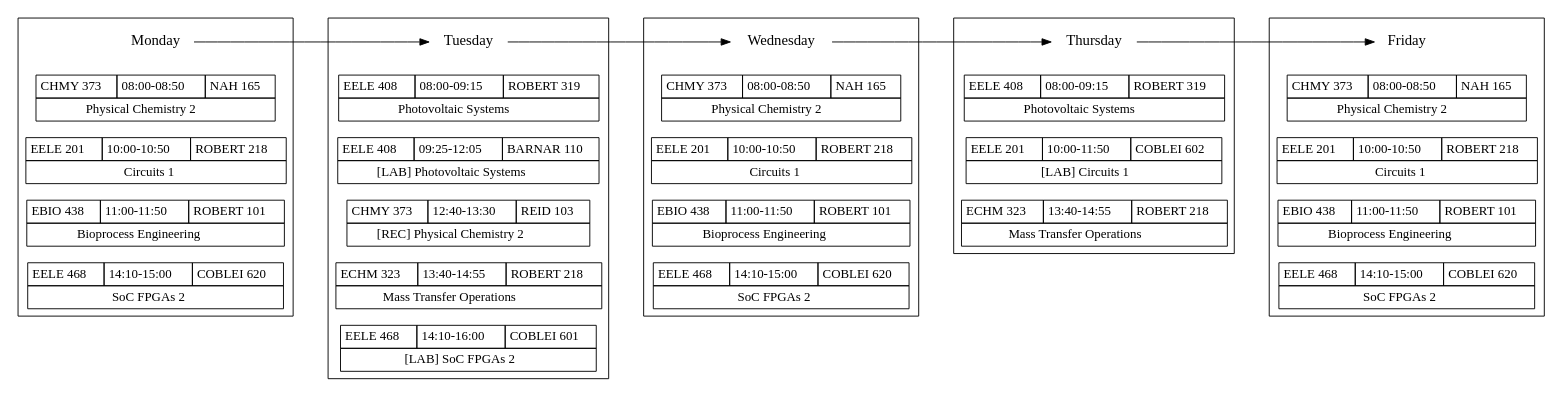
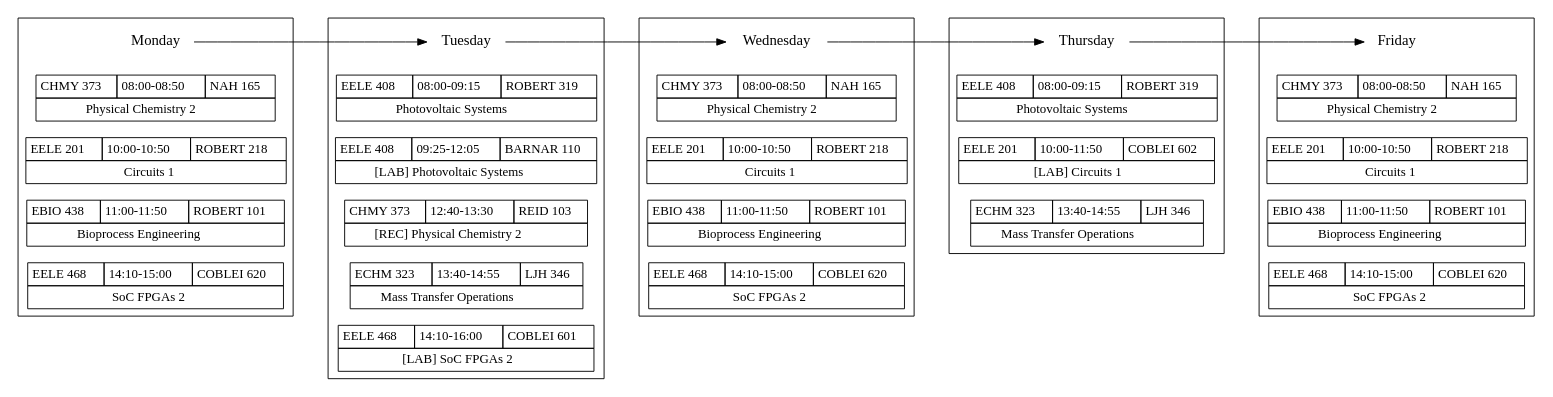
Before and after one commit to w-culhane/schedule-flowchart: the diagram in schedule_3-junior-sem-2-spring.gv, drawn with Graphviz.

Commit message:
Move ECHM 323

```diff
--- a/schedule_3-junior-sem-2-spring.gv
+++ b/schedule_3-junior-sem-2-spring.gv
@@ -89,7 +89,7 @@
     <TR>
     <TD>ECHM 323</TD>
     <TD>13:40-14:55</TD>
-    <TD>ROBERT 218</TD>
+    <TD>LJH 346</TD>
     </TR>
     <TR><TD COLSPAN="3">Mass Transfer Operations</TD></TR>
     </TABLE>>];
@@ -177,7 +177,7 @@
     <TR>
     <TD>ECHM 323</TD>
     <TD>13:40-14:55</TD>
-    <TD>ROBERT 218</TD>
+    <TD>LJH 346</TD>
     </TR>
     <TR><TD COLSPAN="3">Mass Transfer Operations</TD></TR>
     </TABLE>>];
```
